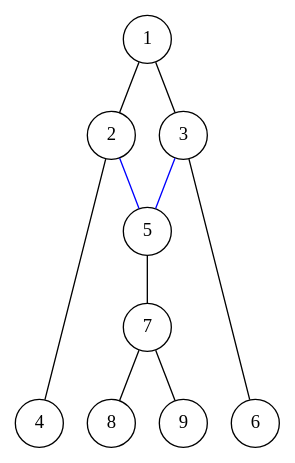
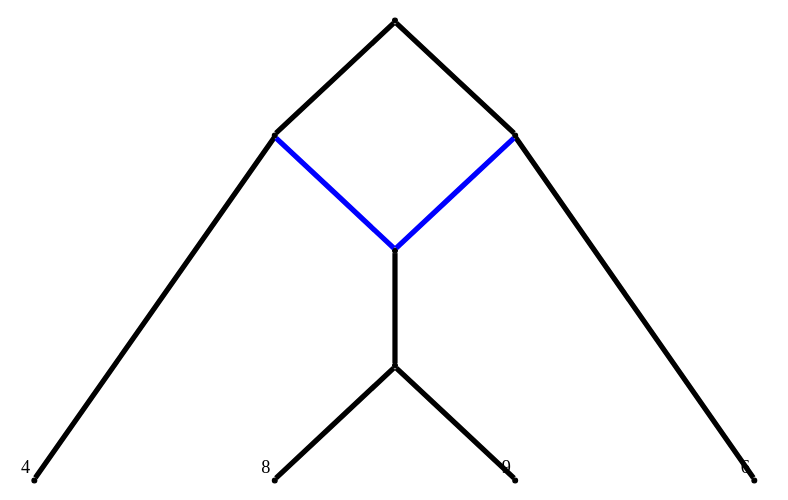
One commit to JuliaPhylo/PhyloNetworks.jl changed the diagram in visualization/drawCF.dot. Above: the diagram before and after it, drawn with Graphviz. The commit also changed 3 other files, not shown here.

```diff
--- a/visualization/drawCF.dot
+++ b/visualization/drawCF.dot
@@ -1,18 +1,22 @@
 Graph { 
-    node [shape = circle] 
+    ratio="fill"; 
+    size="8,5"; 
+    node [shape = point] 
     rank=max 1 
-
-                    subgraph  {  
-
-                                        4 , 6 , 8 , 9; 
- } 
-     1 -- 2 ; 
-     1 -- 3 ; 
-     2 -- 4 ; 
-     2 -- 5 [color=blue]; 
-     3 -- 5 [color=blue]; 
-     3 -- 6 ; 
-     5 -- 7 ; 
-     7 -- 8 ; 
-     7 -- 9 ; 
+     subgraph    {
+                                        4 , 6 , 8 , 9 } 
+    4 [xlabel=4] 
+    6 [xlabel=6] 
+    8 [xlabel=8] 
+    9 [xlabel=9] 
+ 
+     1 -- 2 [penwidth=4]; 
+     1 -- 3 [penwidth=4]; 
+     2 -- 4 [penwidth=4]; 
+     2 -- 5 [color=blue] [penwidth=4]; 
+     3 -- 5 [color=blue] [penwidth=4]; 
+     3 -- 6 [penwidth=4]; 
+     5 -- 7 [penwidth=4]; 
+     7 -- 8 [penwidth=4]; 
+     7 -- 9 [penwidth=4]; 
 }
```
